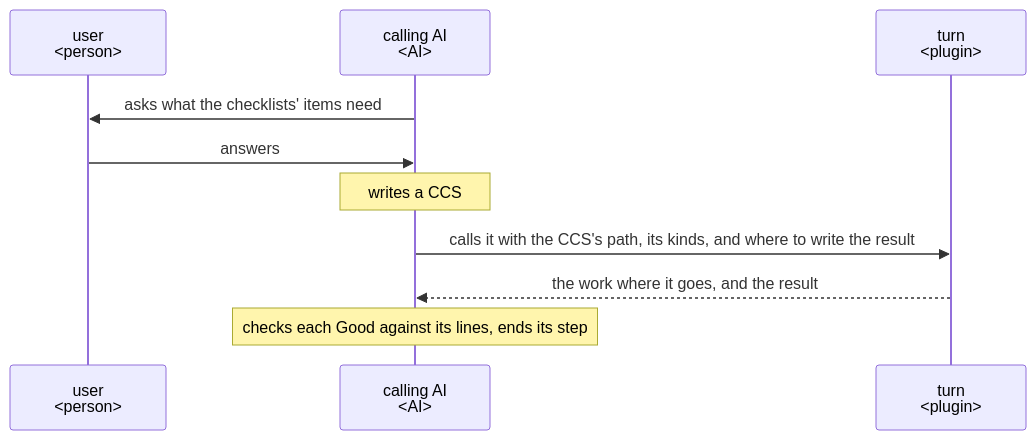
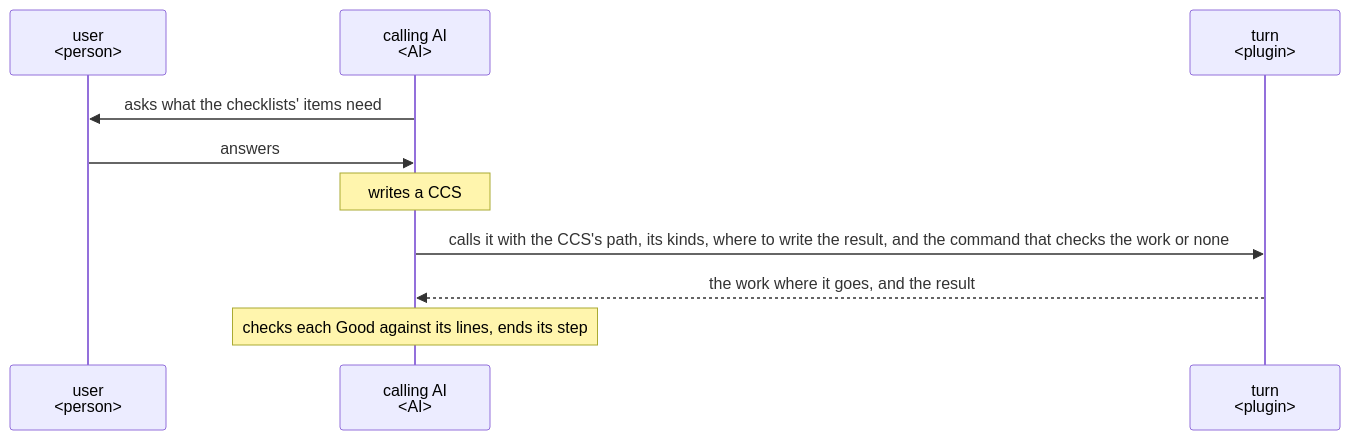
The first of 4 diagrams in dev/turn/ux.md (lovaizu/ccpm), drawn with Mermaid before and after one commit.

Commit message:
turn's UX has the caller give turn the command that checks the work, or none, beside the CCS, its kinds and the result's place, as the call now takes it
Claude-Session: https://claude.ai/code/session_01LCZwD8H3wK9UHJZ2DRfTqQ

````diff
--- a/dev/turn/ux.md
+++ b/dev/turn/ux.md
@@ -45,12 +45,12 @@
 ```mermaid
 sequenceDiagram
   participant U as user<br/>#lt;person#gt;
   participant C as calling AI<br/>#lt;AI#gt;
   participant T as turn<br/>#lt;plugin#gt;
   C->>U: asks what the checklists' items need
   U->>C: answers
   Note over C: writes a CCS
-  C->>T: calls it with the CCS's path, its kinds, and where to write the result
+  C->>T: calls it with the CCS's path, its kinds, where to write the result, and the command that checks the work or none
   T-->>C: the work where it goes, and the result
   Note over C: checks each Good against its lines, ends its step
 ```
````
